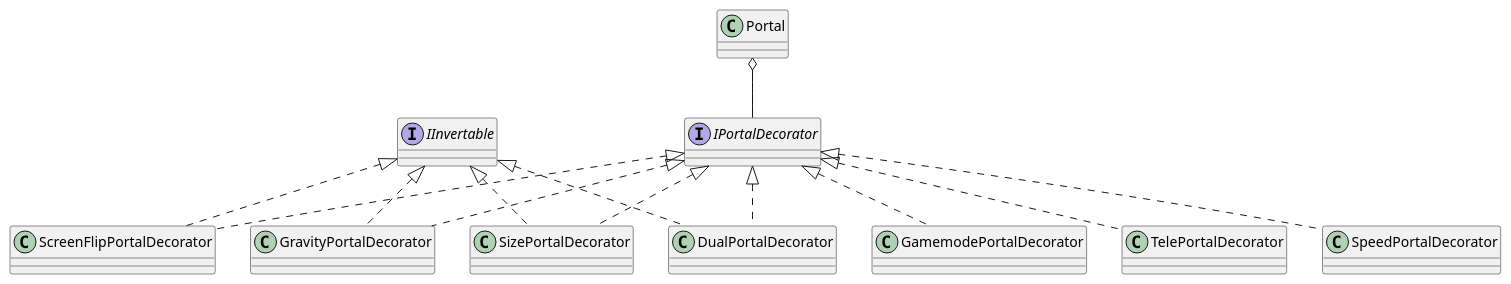
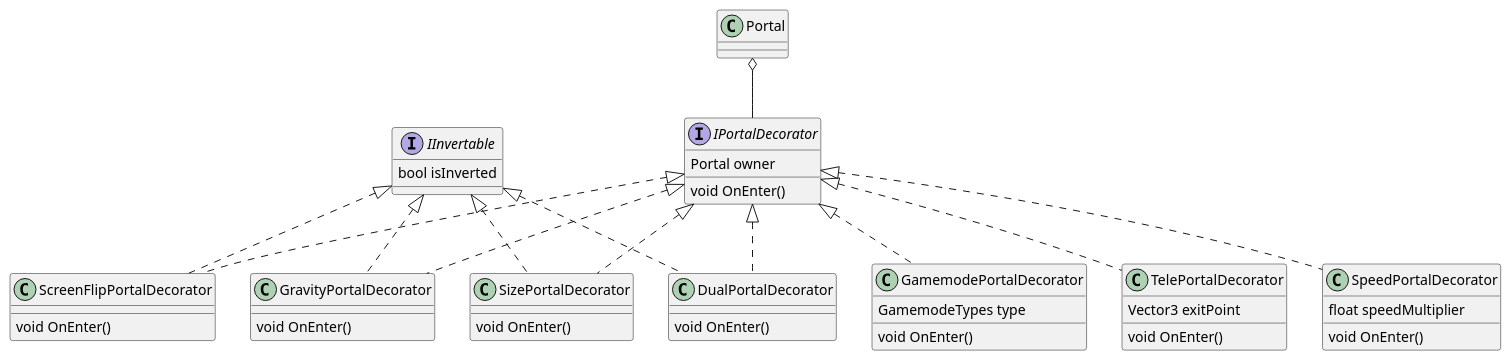
One commit to Roboolet/DomainDecompositionUML changed the diagram in masterfile.plantuml. Above: the diagram before and after it, drawn with PlantUML.

Commit message:
Added variables and methods to decorators

```diff
--- a/masterfile.plantuml
+++ b/masterfile.plantuml
@@ -1,33 +1,64 @@
 @startuml Geometry Dash Hierarchy
 
 ' -- Leas section --
 ' Portals
 class Portal
 interface IPortalDecorator
+{
+    Portal owner
+    void OnEnter()
+}
 Interface IInvertable
+{
+    bool isInverted
+}
 
 class GravityPortalDecorator
+{
+    void OnEnter()
+}
 class GamemodePortalDecorator
+{
+    GamemodeTypes type
+    void OnEnter()
+}
 class SizePortalDecorator
+{
+    void OnEnter()
+}
 class DualPortalDecorator
+{
+    void OnEnter()
+}
 class TelePortalDecorator
+{
+    Vector3 exitPoint
+    void OnEnter()
+}
 class ScreenFlipPortalDecorator
+{
+    void OnEnter()
+}
 class SpeedPortalDecorator
+{
+    float speedMultiplier
+    void OnEnter()
+}
 
 
 ' Decorators
 Portal o-- IPortalDecorator
 IPortalDecorator <|.. GravityPortalDecorator
 IPortalDecorator <|.. GamemodePortalDecorator
 IPortalDecorator <|.. SizePortalDecorator
 IPortalDecorator <|.. DualPortalDecorator
 IPortalDecorator <|.. TelePortalDecorator
 IPortalDecorator <|.. ScreenFlipPortalDecorator
 IPortalDecorator <|.. SpeedPortalDecorator
 
 IInvertable <|.. GravityPortalDecorator
 IInvertable <|.. SizePortalDecorator
 IInvertable <|.. DualPortalDecorator
 IInvertable <|.. ScreenFlipPortalDecorator
 
 @enduml
```
